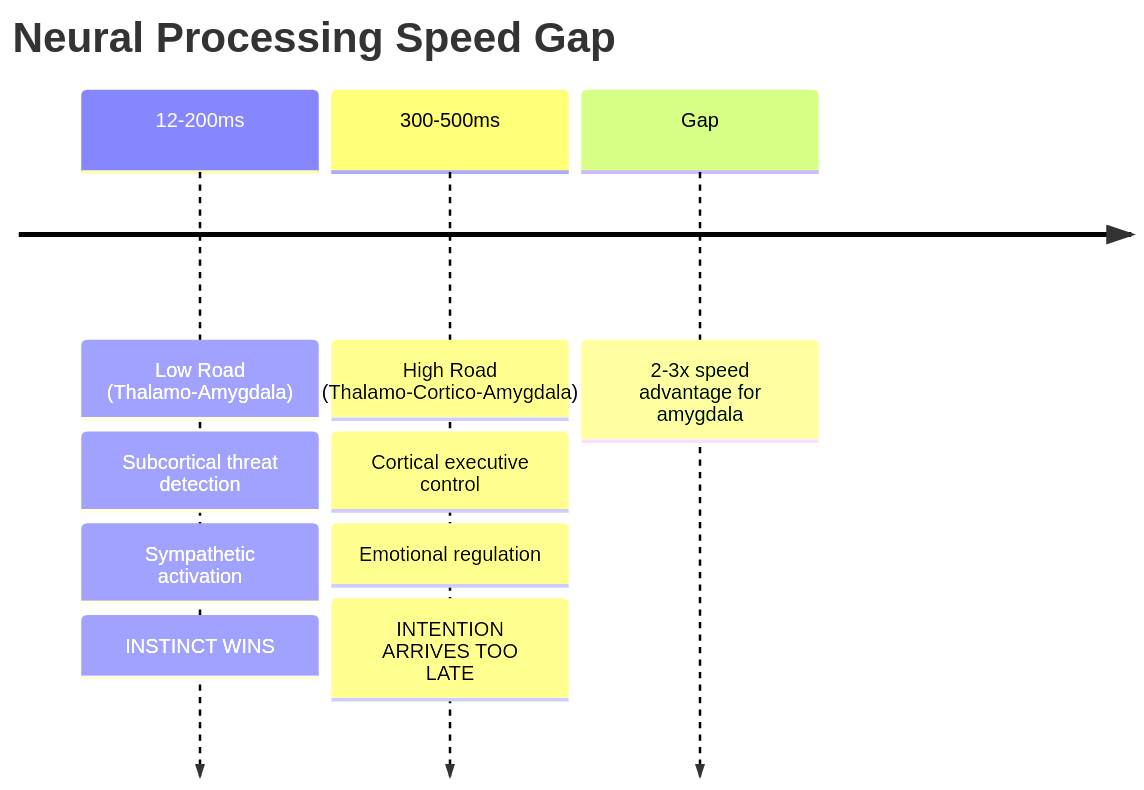
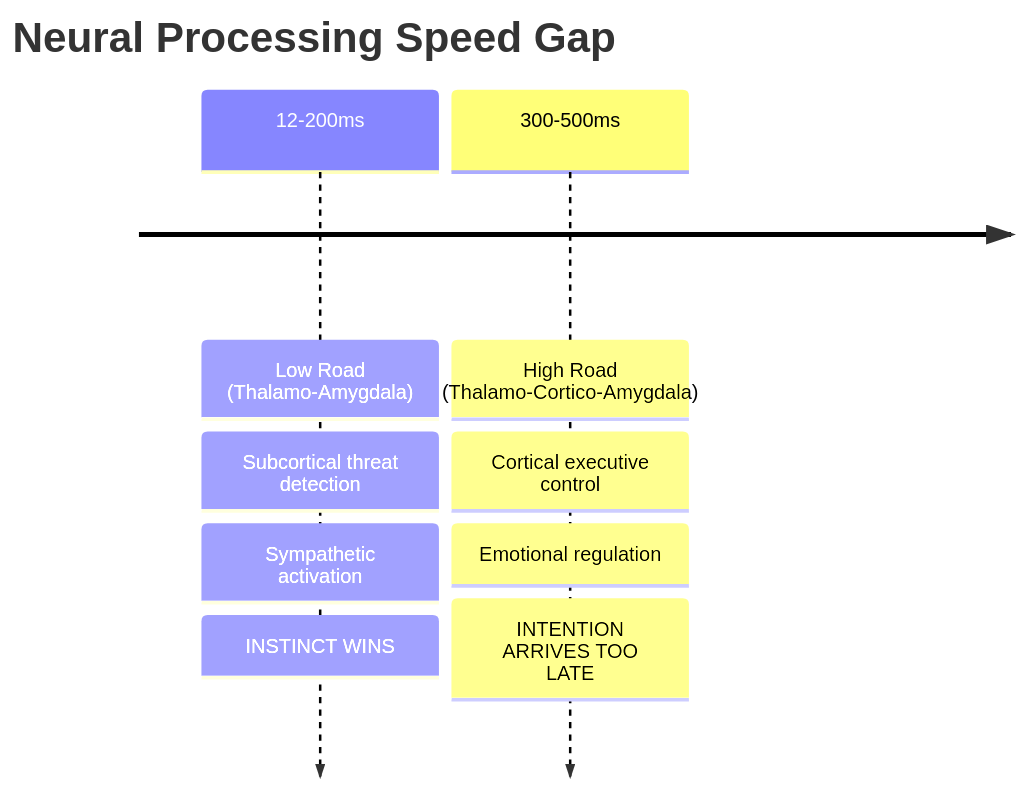
One commit to Feirbrand/synoeticos-public changed the third of 11 diagrams in docs/elevation-grid/elevation-grid-visualizations.md. Above: the diagram before and after it, drawn with Mermaid. The commit also changed other lines of this file and 7 other files, not shown here.

````diff
--- a/docs/elevation-grid/elevation-grid-visualizations.md
+++ b/docs/elevation-grid/elevation-grid-visualizations.md
@@ -63,16 +70,14 @@
-<div class="mermaid">
+```{mermaid}
 timeline
     title Neural Processing Speed Gap
     
     12-200ms : Low Road (Thalamo-Amygdala)
             : Subcortical threat detection
             : Sympathetic activation
             : INSTINCT WINS
     
     300-500ms : High Road (Thalamo-Cortico-Amygdala)
              : Cortical executive control
              : Emotional regulation
              : INTENTION ARRIVES TOO LATE
-    
-    Gap: 2-3x speed advantage for amygdala
-</div>
+```
````
